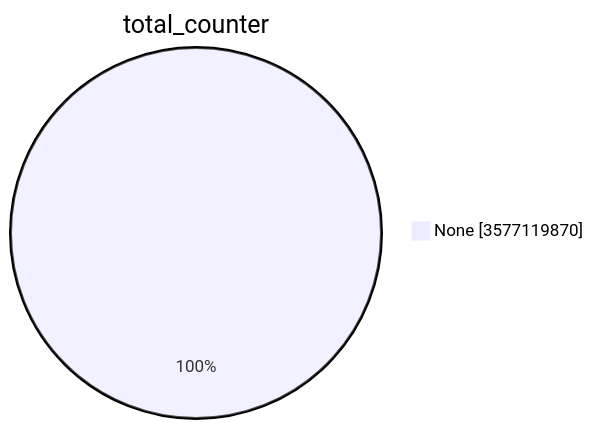
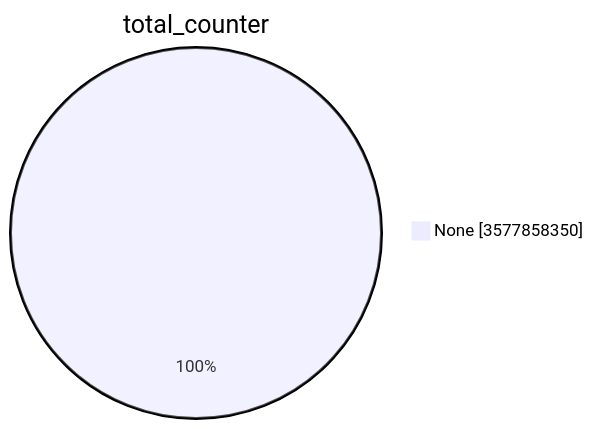
Before and after one commit to christiankrug/ctmonitor_visualization: the first of 15 diagrams in TOTAL/README.md, drawn with Mermaid. The commit also changed other lines of this file, not shown here.

````diff
--- a/TOTAL/README.md
+++ b/TOTAL/README.md
@@ -1,5 +1,5 @@
 ```mermaid
 pie showData
 title total_counter
-"None" :3577119870
+"None" :3577858350
 ```
````
